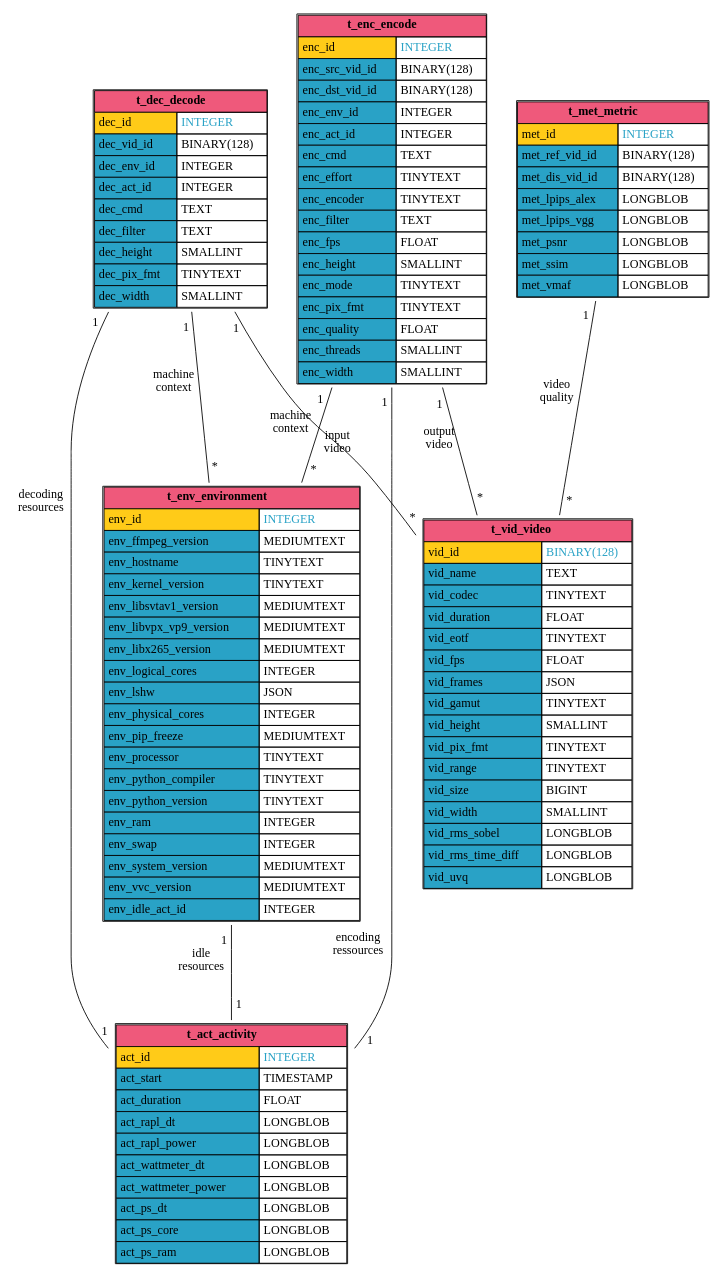
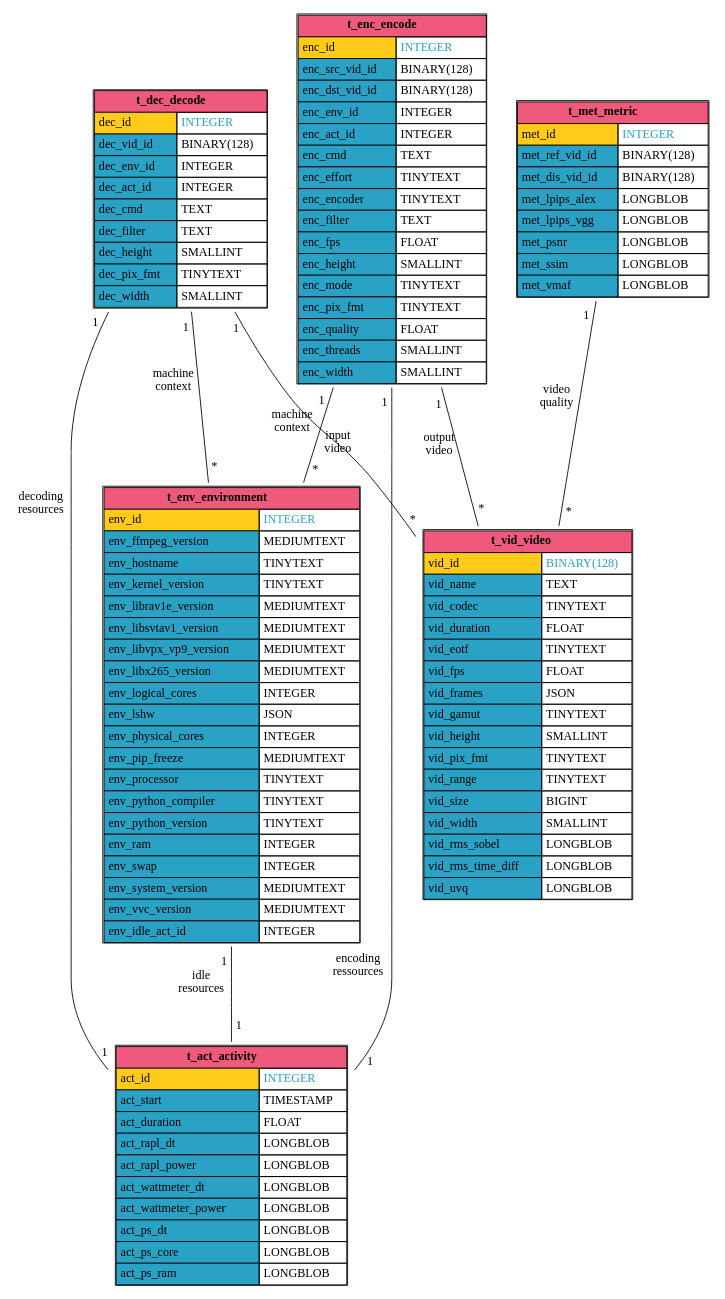
The diagram in docs/media/sql_database.dot (robinechuca/mendevi), drawn with Graphviz before and after one commit. The commit also changed 9 other files, not shown here.

```diff
--- a/docs/media/sql_database.dot
+++ b/docs/media/sql_database.dot
@@ -1,132 +1,133 @@
 # dot -Tsvg sql_database.dot > sql_database.svg
 graph database {
   node [shape=plaintext]
   t_act_activity [
     label=<
       <TABLE BORDER="1" CELLBORDER="1" CELLSPACING="0" CELLPADDING="4">
         <TR><TD COLSPAN="2" BGCOLOR="#ef597b"><B>t_act_activity</B></TD></TR>
         <TR><TD ALIGN="LEFT" BGCOLOR="#ffcb18">act_id</TD><TD ALIGN="LEFT"><FONT COLOR="#29a2c6">INTEGER</FONT></TD></TR>
         <TR><TD ALIGN="LEFT" BGCOLOR="#29a2c6">act_start</TD><TD ALIGN="LEFT">TIMESTAMP</TD></TR>
         <TR><TD ALIGN="LEFT" BGCOLOR="#29a2c6">act_duration</TD><TD ALIGN="LEFT">FLOAT</TD></TR>
         <TR><TD ALIGN="LEFT" BGCOLOR="#29a2c6">act_rapl_dt</TD><TD ALIGN="LEFT">LONGBLOB</TD></TR>
         <TR><TD ALIGN="LEFT" BGCOLOR="#29a2c6">act_rapl_power</TD><TD ALIGN="LEFT">LONGBLOB</TD></TR>
         <TR><TD ALIGN="LEFT" BGCOLOR="#29a2c6">act_wattmeter_dt</TD><TD ALIGN="LEFT">LONGBLOB</TD></TR>
         <TR><TD ALIGN="LEFT" BGCOLOR="#29a2c6">act_wattmeter_power</TD><TD ALIGN="LEFT">LONGBLOB</TD></TR>
         <TR><TD ALIGN="LEFT" BGCOLOR="#29a2c6">act_ps_dt</TD><TD ALIGN="LEFT">LONGBLOB</TD></TR>
         <TR><TD ALIGN="LEFT" BGCOLOR="#29a2c6">act_ps_core</TD><TD ALIGN="LEFT">LONGBLOB</TD></TR>
         <TR><TD ALIGN="LEFT" BGCOLOR="#29a2c6">act_ps_ram</TD><TD ALIGN="LEFT">LONGBLOB</TD></TR>
       </TABLE>
     >
   ];
   t_vid_video [
     label=<
       <TABLE BORDER="1" CELLBORDER="1" CELLSPACING="0" CELLPADDING="4">
         <TR><TD COLSPAN="2" BGCOLOR="#ef597b"><B>t_vid_video</B></TD></TR>
         <TR><TD ALIGN="LEFT" BGCOLOR="#ffcb18">vid_id</TD><TD ALIGN="LEFT"><FONT COLOR="#29a2c6">BINARY(128)</FONT></TD></TR>
         <TR><TD ALIGN="LEFT" BGCOLOR="#29a2c6">vid_name</TD><TD ALIGN="LEFT">TEXT</TD></TR>
         <TR><TD ALIGN="LEFT" BGCOLOR="#29a2c6">vid_codec</TD><TD ALIGN="LEFT">TINYTEXT</TD></TR>
         <TR><TD ALIGN="LEFT" BGCOLOR="#29a2c6">vid_duration</TD><TD ALIGN="LEFT">FLOAT</TD></TR>
         <TR><TD ALIGN="LEFT" BGCOLOR="#29a2c6">vid_eotf</TD><TD ALIGN="LEFT">TINYTEXT</TD></TR>
         <TR><TD ALIGN="LEFT" BGCOLOR="#29a2c6">vid_fps</TD><TD ALIGN="LEFT">FLOAT</TD></TR>
         <TR><TD ALIGN="LEFT" BGCOLOR="#29a2c6">vid_frames</TD><TD ALIGN="LEFT">JSON</TD></TR>
         <TR><TD ALIGN="LEFT" BGCOLOR="#29a2c6">vid_gamut</TD><TD ALIGN="LEFT">TINYTEXT</TD></TR>
         <TR><TD ALIGN="LEFT" BGCOLOR="#29a2c6">vid_height</TD><TD ALIGN="LEFT">SMALLINT</TD></TR>
         <TR><TD ALIGN="LEFT" BGCOLOR="#29a2c6">vid_pix_fmt</TD><TD ALIGN="LEFT">TINYTEXT</TD></TR>
         <TR><TD ALIGN="LEFT" BGCOLOR="#29a2c6">vid_range</TD><TD ALIGN="LEFT">TINYTEXT</TD></TR>
         <TR><TD ALIGN="LEFT" BGCOLOR="#29a2c6">vid_size</TD><TD ALIGN="LEFT">BIGINT</TD></TR>
         <TR><TD ALIGN="LEFT" BGCOLOR="#29a2c6">vid_width</TD><TD ALIGN="LEFT">SMALLINT</TD></TR>
         <TR><TD ALIGN="LEFT" BGCOLOR="#29a2c6">vid_rms_sobel</TD><TD ALIGN="LEFT">LONGBLOB</TD></TR>
         <TR><TD ALIGN="LEFT" BGCOLOR="#29a2c6">vid_rms_time_diff</TD><TD ALIGN="LEFT">LONGBLOB</TD></TR>
         <TR><TD ALIGN="LEFT" BGCOLOR="#29a2c6">vid_uvq</TD><TD ALIGN="LEFT">LONGBLOB</TD></TR>
       </TABLE>
     >
   ];
   t_met_metric [
     label=<
       <TABLE BORDER="1" CELLBORDER="1" CELLSPACING="0" CELLPADDING="4">
         <TR><TD COLSPAN="2" BGCOLOR="#ef597b"><B>t_met_metric</B></TD></TR>
         <TR><TD ALIGN="LEFT" BGCOLOR="#ffcb18">met_id</TD><TD ALIGN="LEFT"><FONT COLOR="#29a2c6">INTEGER</FONT></TD></TR>
         <TR><TD ALIGN="LEFT" BGCOLOR="#29a2c6">met_ref_vid_id</TD><TD ALIGN="LEFT">BINARY(128)</TD></TR>
         <TR><TD ALIGN="LEFT" BGCOLOR="#29a2c6">met_dis_vid_id</TD><TD ALIGN="LEFT">BINARY(128)</TD></TR>
         <TR><TD ALIGN="LEFT" BGCOLOR="#29a2c6">met_lpips_alex</TD><TD ALIGN="LEFT">LONGBLOB</TD></TR>
         <TR><TD ALIGN="LEFT" BGCOLOR="#29a2c6">met_lpips_vgg</TD><TD ALIGN="LEFT">LONGBLOB</TD></TR>
         <TR><TD ALIGN="LEFT" BGCOLOR="#29a2c6">met_psnr</TD><TD ALIGN="LEFT">LONGBLOB</TD></TR>
         <TR><TD ALIGN="LEFT" BGCOLOR="#29a2c6">met_ssim</TD><TD ALIGN="LEFT">LONGBLOB</TD></TR>
         <TR><TD ALIGN="LEFT" BGCOLOR="#29a2c6">met_vmaf</TD><TD ALIGN="LEFT">LONGBLOB</TD></TR>
       </TABLE>
     >
   ];
   t_env_environment [
     label=<
       <TABLE BORDER="1" CELLBORDER="1" CELLSPACING="0" CELLPADDING="4">
         <TR><TD COLSPAN="2" BGCOLOR="#ef597b"><B>t_env_environment</B></TD></TR>
         <TR><TD ALIGN="LEFT" BGCOLOR="#ffcb18">env_id</TD><TD ALIGN="LEFT"><FONT COLOR="#29a2c6">INTEGER</FONT></TD></TR>
         <TR><TD ALIGN="LEFT" BGCOLOR="#29a2c6">env_ffmpeg_version</TD><TD ALIGN="LEFT">MEDIUMTEXT</TD></TR>
         <TR><TD ALIGN="LEFT" BGCOLOR="#29a2c6">env_hostname</TD><TD ALIGN="LEFT">TINYTEXT</TD></TR>
         <TR><TD ALIGN="LEFT" BGCOLOR="#29a2c6">env_kernel_version</TD><TD ALIGN="LEFT">TINYTEXT</TD></TR>
+        <TR><TD ALIGN="LEFT" BGCOLOR="#29a2c6">env_librav1e_version</TD><TD ALIGN="LEFT">MEDIUMTEXT</TD></TR>
         <TR><TD ALIGN="LEFT" BGCOLOR="#29a2c6">env_libsvtav1_version</TD><TD ALIGN="LEFT">MEDIUMTEXT</TD></TR>
         <TR><TD ALIGN="LEFT" BGCOLOR="#29a2c6">env_libvpx_vp9_version</TD><TD ALIGN="LEFT">MEDIUMTEXT</TD></TR>
         <TR><TD ALIGN="LEFT" BGCOLOR="#29a2c6">env_libx265_version</TD><TD ALIGN="LEFT">MEDIUMTEXT</TD></TR>
         <TR><TD ALIGN="LEFT" BGCOLOR="#29a2c6">env_logical_cores</TD><TD ALIGN="LEFT">INTEGER</TD></TR>
         <TR><TD ALIGN="LEFT" BGCOLOR="#29a2c6">env_lshw</TD><TD ALIGN="LEFT">JSON</TD></TR>
         <TR><TD ALIGN="LEFT" BGCOLOR="#29a2c6">env_physical_cores</TD><TD ALIGN="LEFT">INTEGER</TD></TR>
         <TR><TD ALIGN="LEFT" BGCOLOR="#29a2c6">env_pip_freeze</TD><TD ALIGN="LEFT">MEDIUMTEXT</TD></TR>
         <TR><TD ALIGN="LEFT" BGCOLOR="#29a2c6">env_processor</TD><TD ALIGN="LEFT">TINYTEXT</TD></TR>
         <TR><TD ALIGN="LEFT" BGCOLOR="#29a2c6">env_python_compiler</TD><TD ALIGN="LEFT">TINYTEXT</TD></TR>
         <TR><TD ALIGN="LEFT" BGCOLOR="#29a2c6">env_python_version</TD><TD ALIGN="LEFT">TINYTEXT</TD></TR>
         <TR><TD ALIGN="LEFT" BGCOLOR="#29a2c6">env_ram</TD><TD ALIGN="LEFT">INTEGER</TD></TR>
         <TR><TD ALIGN="LEFT" BGCOLOR="#29a2c6">env_swap</TD><TD ALIGN="LEFT">INTEGER</TD></TR>
         <TR><TD ALIGN="LEFT" BGCOLOR="#29a2c6">env_system_version</TD><TD ALIGN="LEFT">MEDIUMTEXT</TD></TR>
         <TR><TD ALIGN="LEFT" BGCOLOR="#29a2c6">env_vvc_version</TD><TD ALIGN="LEFT">MEDIUMTEXT</TD></TR>
         <TR><TD ALIGN="LEFT" BGCOLOR="#29a2c6">env_idle_act_id</TD><TD ALIGN="LEFT">INTEGER</TD></TR>
       </TABLE>
     >
   ];
   t_dec_decode [
     label=<
       <TABLE BORDER="1" CELLBORDER="1" CELLSPACING="0" CELLPADDING="4">
         <TR><TD COLSPAN="2" BGCOLOR="#ef597b"><B>t_dec_decode</B></TD></TR>
         <TR><TD ALIGN="LEFT" BGCOLOR="#ffcb18">dec_id</TD><TD ALIGN="LEFT"><FONT COLOR="#29a2c6">INTEGER</FONT></TD></TR>
         <TR><TD ALIGN="LEFT" BGCOLOR="#29a2c6">dec_vid_id</TD><TD ALIGN="LEFT">BINARY(128)</TD></TR>
         <TR><TD ALIGN="LEFT" BGCOLOR="#29a2c6">dec_env_id</TD><TD ALIGN="LEFT">INTEGER</TD></TR>
         <TR><TD ALIGN="LEFT" BGCOLOR="#29a2c6">dec_act_id</TD><TD ALIGN="LEFT">INTEGER</TD></TR>
         <TR><TD ALIGN="LEFT" BGCOLOR="#29a2c6">dec_cmd</TD><TD ALIGN="LEFT">TEXT</TD></TR>
         <TR><TD ALIGN="LEFT" BGCOLOR="#29a2c6">dec_filter</TD><TD ALIGN="LEFT">TEXT</TD></TR>
         <TR><TD ALIGN="LEFT" BGCOLOR="#29a2c6">dec_height</TD><TD ALIGN="LEFT">SMALLINT</TD></TR>
         <TR><TD ALIGN="LEFT" BGCOLOR="#29a2c6">dec_pix_fmt</TD><TD ALIGN="LEFT">TINYTEXT</TD></TR>
         <TR><TD ALIGN="LEFT" BGCOLOR="#29a2c6">dec_width</TD><TD ALIGN="LEFT">SMALLINT</TD></TR>
       </TABLE>
     >
   ];
   t_enc_encode [
     label=<
       <TABLE BORDER="1" CELLBORDER="1" CELLSPACING="0" CELLPADDING="4">
         <TR><TD COLSPAN="2" BGCOLOR="#ef597b"><B>t_enc_encode</B></TD></TR>
         <TR><TD ALIGN="LEFT" BGCOLOR="#ffcb18">enc_id</TD><TD ALIGN="LEFT"><FONT COLOR="#29a2c6">INTEGER</FONT></TD></TR>
         <TR><TD ALIGN="LEFT" BGCOLOR="#29a2c6">enc_src_vid_id</TD><TD ALIGN="LEFT">BINARY(128)</TD></TR>
         <TR><TD ALIGN="LEFT" BGCOLOR="#29a2c6">enc_dst_vid_id</TD><TD ALIGN="LEFT">BINARY(128)</TD></TR>
         <TR><TD ALIGN="LEFT" BGCOLOR="#29a2c6">enc_env_id</TD><TD ALIGN="LEFT">INTEGER</TD></TR>
         <TR><TD ALIGN="LEFT" BGCOLOR="#29a2c6">enc_act_id</TD><TD ALIGN="LEFT">INTEGER</TD></TR>
         <TR><TD ALIGN="LEFT" BGCOLOR="#29a2c6">enc_cmd</TD><TD ALIGN="LEFT">TEXT</TD></TR>
         <TR><TD ALIGN="LEFT" BGCOLOR="#29a2c6">enc_effort</TD><TD ALIGN="LEFT">TINYTEXT</TD></TR>
         <TR><TD ALIGN="LEFT" BGCOLOR="#29a2c6">enc_encoder</TD><TD ALIGN="LEFT">TINYTEXT</TD></TR>
         <TR><TD ALIGN="LEFT" BGCOLOR="#29a2c6">enc_filter</TD><TD ALIGN="LEFT">TEXT</TD></TR>
         <TR><TD ALIGN="LEFT" BGCOLOR="#29a2c6">enc_fps</TD><TD ALIGN="LEFT">FLOAT</TD></TR>
         <TR><TD ALIGN="LEFT" BGCOLOR="#29a2c6">enc_height</TD><TD ALIGN="LEFT">SMALLINT</TD></TR>
         <TR><TD ALIGN="LEFT" BGCOLOR="#29a2c6">enc_mode</TD><TD ALIGN="LEFT">TINYTEXT</TD></TR>
         <TR><TD ALIGN="LEFT" BGCOLOR="#29a2c6">enc_pix_fmt</TD><TD ALIGN="LEFT">TINYTEXT</TD></TR>
         <TR><TD ALIGN="LEFT" BGCOLOR="#29a2c6">enc_quality</TD><TD ALIGN="LEFT">FLOAT</TD></TR>
         <TR><TD ALIGN="LEFT" BGCOLOR="#29a2c6">enc_threads</TD><TD ALIGN="LEFT">SMALLINT</TD></TR>
         <TR><TD ALIGN="LEFT" BGCOLOR="#29a2c6">enc_width</TD><TD ALIGN="LEFT">SMALLINT</TD></TR>
       </TABLE>
     >
   ];
   t_enc_encode -- t_act_activity [minlen=3, taillabel="1", headlabel="1", xlabel="encoding\nressources", labeldistance=2.0]
   t_enc_encode -- t_env_environment [minlen=3, taillabel="1", headlabel="*", xlabel="machine\ncontext", labeldistance=2.0]
   t_enc_encode -- t_vid_video [minlen=3, taillabel="1", headlabel="*", xlabel="output\nvideo", labeldistance=2.0]
   t_met_metric -- t_vid_video [minlen=3, taillabel="1", headlabel="*", xlabel="video\nquality", labeldistance=2.0]
   t_dec_decode -- t_act_activity [minlen=3, taillabel="1", headlabel="1", xlabel="decoding\nresources", labeldistance=2.0]
   t_dec_decode -- t_env_environment [minlen=3, taillabel="1", headlabel="*", xlabel="machine\ncontext", labeldistance=2.0]
   t_dec_decode -- t_vid_video [minlen=3, taillabel="1", headlabel="*", xlabel="input\nvideo", labeldistance=2.0]
   t_env_environment -- t_act_activity [minlen=3, taillabel="1", headlabel="1", xlabel="idle\nresources", labeldistance=2.0]
 }
```
